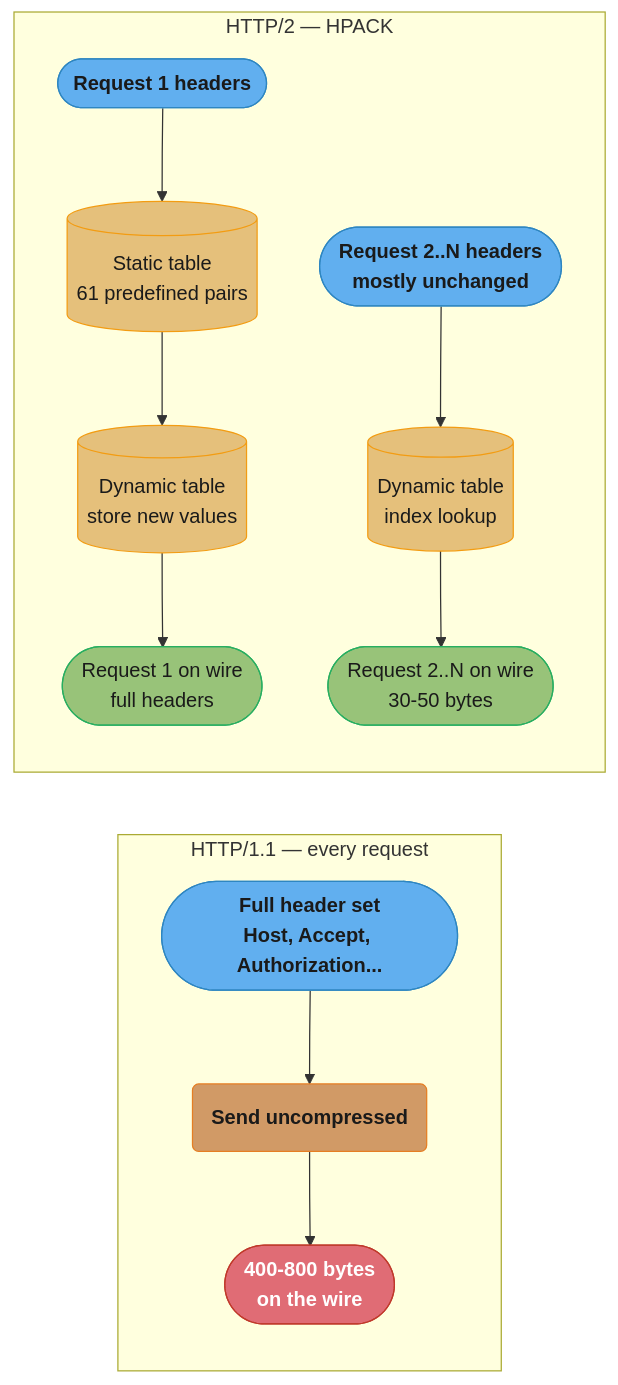
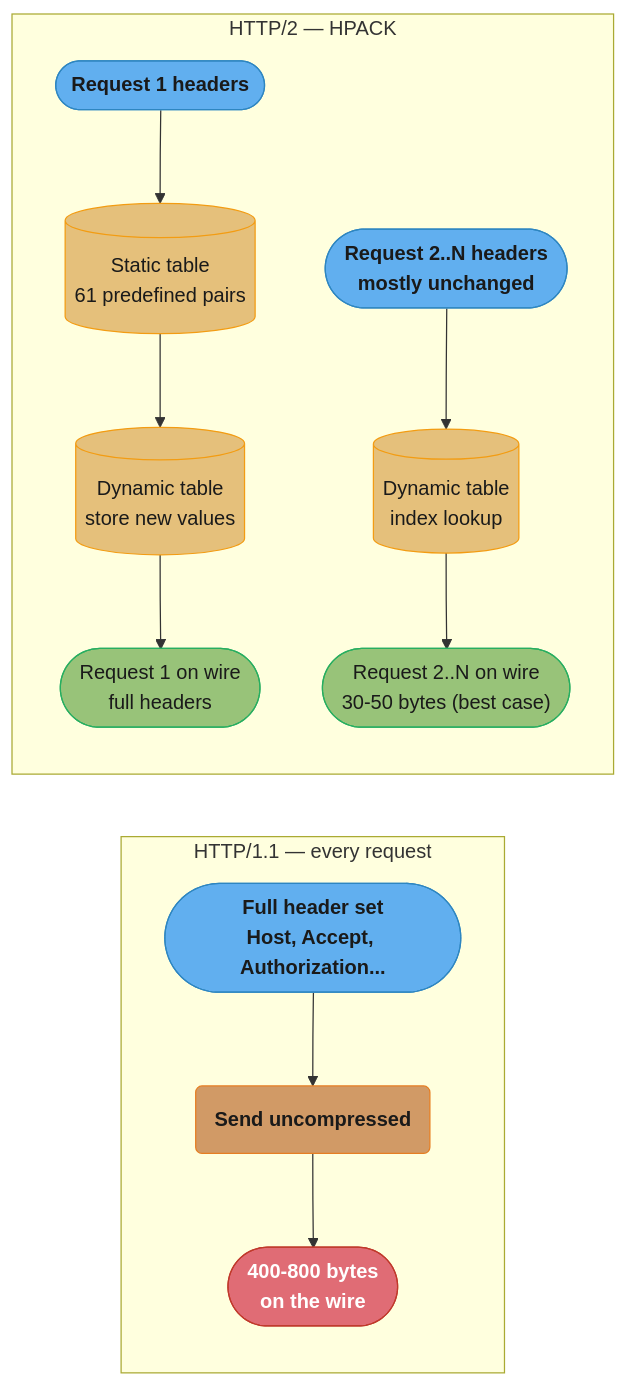
One commit to rppol/system-design changed the fifth of 8 diagrams in src/main/java/com/rutik/systemdesign/backend/http_protocols/README.md. Above: the diagram before and after it, drawn with Mermaid. The commit also changed other lines of this file and 21 other files, not shown here.

````diff
--- a/src/main/java/com/rutik/systemdesign/backend/http_protocols/README.md
+++ b/src/main/java/com/rutik/systemdesign/backend/http_protocols/README.md
@@ -168,29 +168,29 @@
 ```mermaid
 flowchart LR
     classDef io      fill:#61afef,stroke:#2e86c1,color:#1a1a1a,font-weight:bold
     classDef frozen  fill:#c678dd,stroke:#9b59b6,color:#fff
     classDef train   fill:#98c379,stroke:#27ae60,color:#1a1a1a
     classDef mathOp  fill:#d19a66,stroke:#e67e22,color:#1a1a1a,font-weight:bold
     classDef lossN   fill:#e06c75,stroke:#c0392b,color:#fff,font-weight:bold
     classDef req     fill:#56b6c2,stroke:#0097a7,color:#1a1a1a
     classDef base    fill:#e5c07b,stroke:#f39c12,color:#1a1a1a
 
     subgraph v1["HTTP/1.1 — every request"]
         a1(["Full header set<br/>Host, Accept, Authorization..."]) --> a2("Send uncompressed")
         a2 --> a3(["400-800 bytes<br/>on the wire"])
     end
 
     subgraph v2["HTTP/2 — HPACK"]
         b1(["Request 1 headers"]) --> b2[("Static table<br/>61 predefined pairs")]
         b2 --> b3[("Dynamic table<br/>store new values")]
         b3 --> b4(["Request 1 on wire<br/>full headers"])
         b5(["Request 2..N headers<br/>mostly unchanged"]) --> b6[("Dynamic table<br/>index lookup")]
-        b6 --> b7(["Request 2..N on wire<br/>30-50 bytes"])
+        b6 --> b7(["Request 2..N on wire<br/>30-50 bytes (best case)"])
     end
 
     class a1,b1,b5 io
     class a2 mathOp
     class a3 lossN
     class b2,b3,b6 base
     class b4,b7 train
 ```
````
